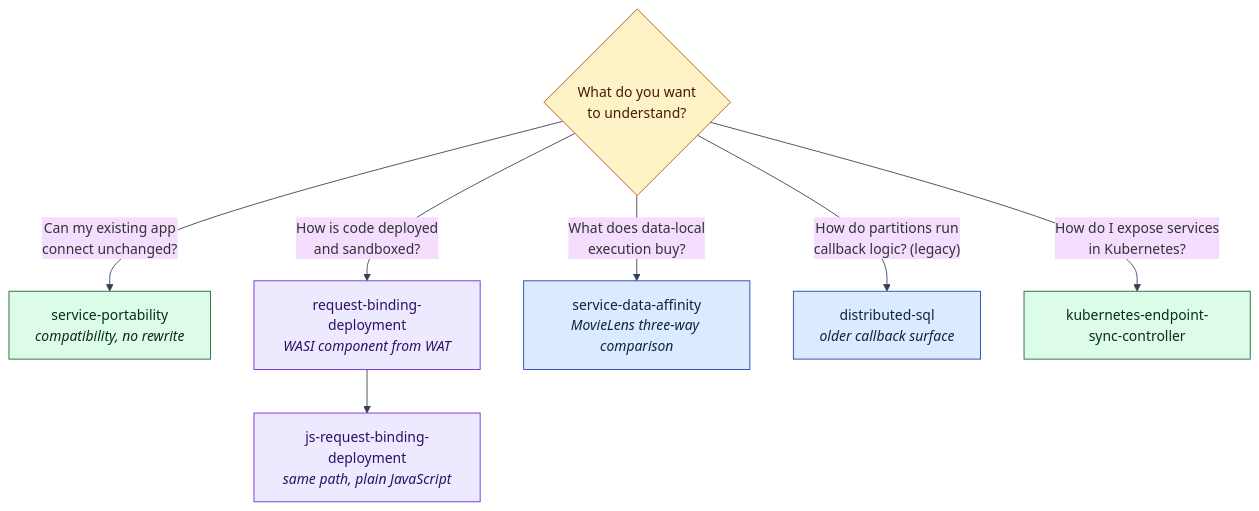
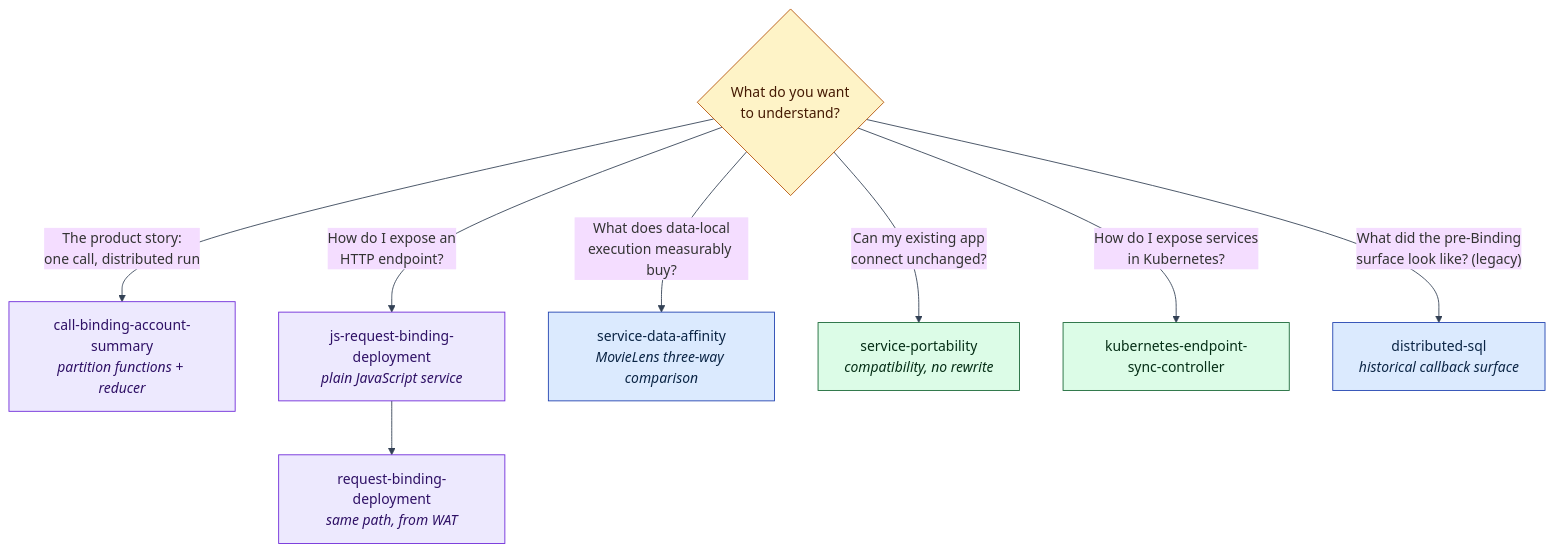
The third of 3 diagrams in examples/README.md (psvensson/lagrange), drawn with Mermaid before and after one commit. The commit also changed other lines of this file and 36 other files, not shown here.

First line of the commit message:
docs(story): present one product — a distributed runtime for data-intensive services

````diff
--- a/examples/README.md
+++ b/examples/README.md
@@ -114,16 +110,17 @@
 ```mermaid
 %%{init: {'theme':'base','themeVariables':{'background':'#ffffff','lineColor':'#334155','textColor':'#0f172a'}}}%%
 flowchart TD
   Q1{"What do you want<br/>to understand?"}:::ctrl
+  Q1 -- "The product story:<br/>one call, distributed run" --> CB["call-binding-account-summary<br/><i>partition functions + reducer</i>"]:::move
+  Q1 -- "How do I expose an<br/>HTTP endpoint?" --> JS["js-request-binding-deployment<br/><i>plain JavaScript service</i>"]:::move
+  JS --> RB["request-binding-deployment<br/><i>same path, from WAT</i>"]:::move
+  Q1 -- "What does data-local<br/>execution measurably buy?" --> DA["service-data-affinity<br/><i>MovieLens three-way comparison</i>"]:::data
   Q1 -- "Can my existing app<br/>connect unchanged?" --> SP["service-portability<br/><i>compatibility, no rewrite</i>"]:::svc
-  Q1 -- "How is code deployed<br/>and sandboxed?" --> RB["request-binding-deployment<br/><i>WASI component from WAT</i>"]:::move
-  RB --> JS["js-request-binding-deployment<br/><i>same path, plain JavaScript</i>"]:::move
-  Q1 -- "What does data-local<br/>execution buy?" --> DA["service-data-affinity<br/><i>MovieLens three-way comparison</i>"]:::data
-  Q1 -- "How do partitions run<br/>callback logic? (legacy)" --> DS["distributed-sql<br/><i>older callback surface</i>"]:::data
   Q1 -- "How do I expose services<br/>in Kubernetes?" --> K8["kubernetes-endpoint-sync-controller"]:::svc
+  Q1 -- "What did the pre-Binding<br/>surface look like? (legacy)" --> DS["distributed-sql<br/><i>historical callback surface</i>"]:::data
 
   classDef data fill:#dbeafe,stroke:#1e40af,color:#0b2545
   classDef svc fill:#dcfce7,stroke:#166534,color:#052e16
   classDef ctrl fill:#fef3c7,stroke:#b45309,color:#451a03
   classDef move fill:#ede9fe,stroke:#6d28d9,color:#2e1065
 ```
````
